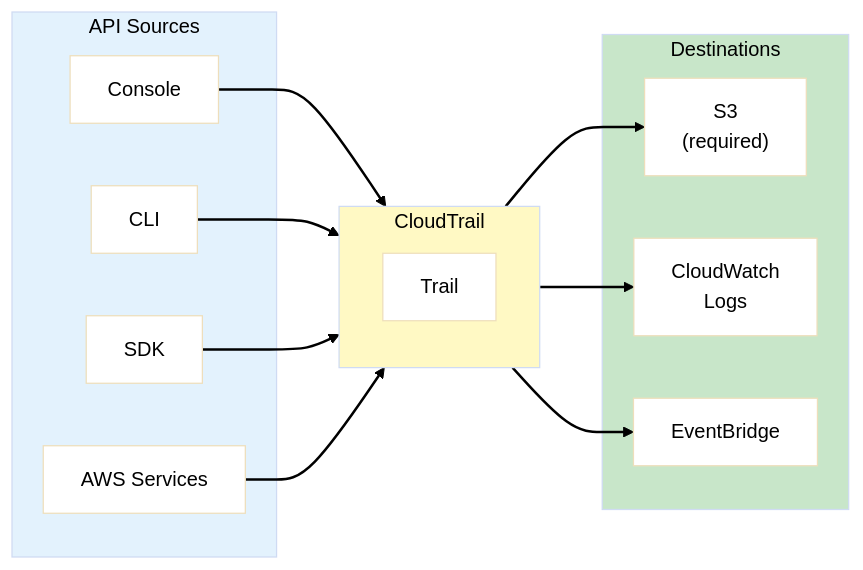
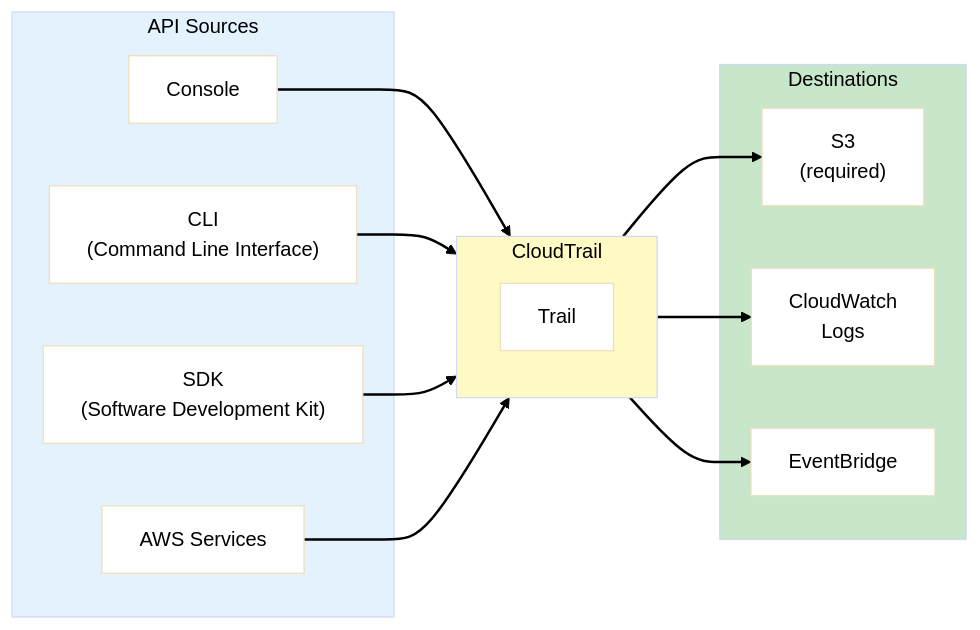
One commit to benjaminhonorio/aws-architecting changed the first of 11 diagrams in docs/scenarios/medvault/phases/phase-4-logging-monitoring.md. Above: the diagram before and after it, drawn with Mermaid (base theme). The commit also changed other lines of this file and 6 other files, not shown here.

````diff
--- a/docs/scenarios/medvault/phases/phase-4-logging-monitoring.md
+++ b/docs/scenarios/medvault/phases/phase-4-logging-monitoring.md
@@ -40,37 +44,37 @@
 ```mermaid
 flowchart LR
     subgraph Sources["API Sources"]
         CONSOLE["Console"]
-        CLI["CLI"]
-        SDK["SDK"]
+        CLI["CLI<br>(Command Line Interface)"]
+        SDK["SDK<br>(Software Development Kit)"]
         SVC["AWS Services"]
     end
 
     subgraph CT["CloudTrail"]
         TRAIL["Trail"]
     end
 
     subgraph Destinations["Destinations"]
         S3["S3<br>(required)"]
         CW["CloudWatch<br>Logs"]
         EB["EventBridge"]
     end
 
     CONSOLE & CLI & SDK & SVC --> CT
     CT --> S3
     CT --> CW
     CT --> EB
 
     style Sources fill:#e3f2fd,color:#000
     style CT fill:#fff9c4,color:#000
     style Destinations fill:#c8e6c9,color:#000
     style CONSOLE fill:#fff,color:#000
     style CLI fill:#fff,color:#000
     style SDK fill:#fff,color:#000
     style SVC fill:#fff,color:#000
     style TRAIL fill:#fff,color:#000
     style S3 fill:#fff,color:#000
     style CW fill:#fff,color:#000
     style EB fill:#fff,color:#000
     linkStyle default stroke:#000,stroke-width:2px
 ```
````
